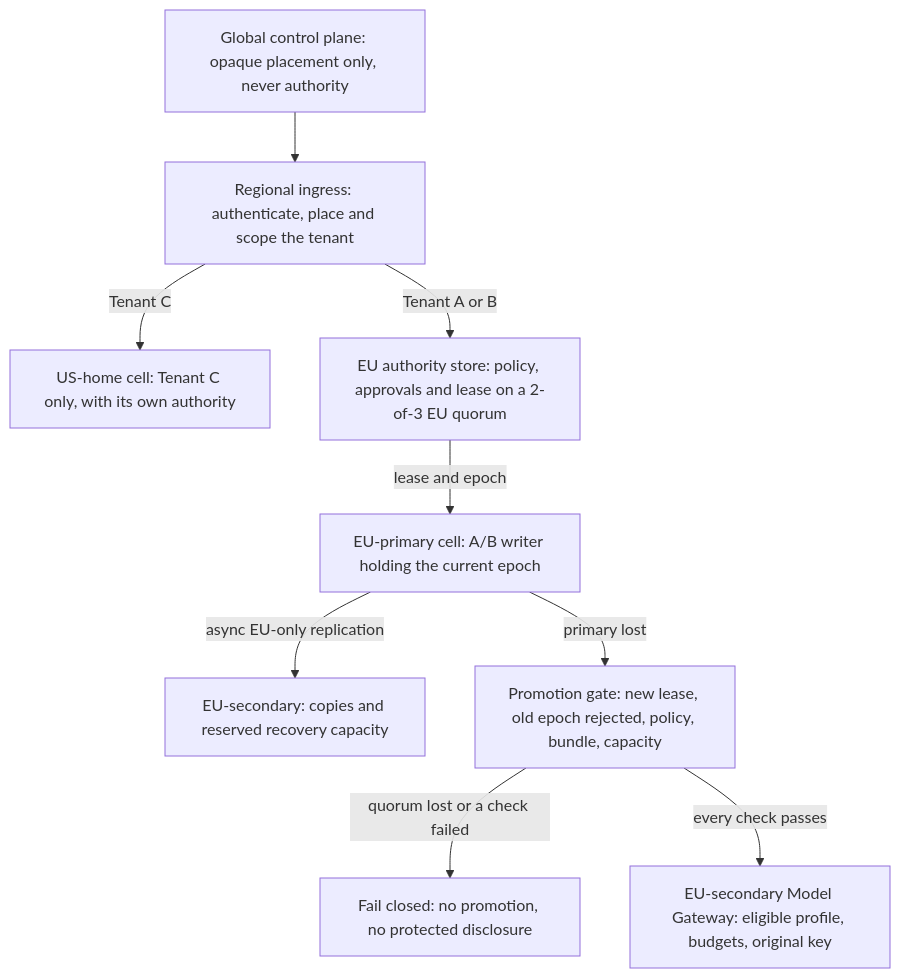
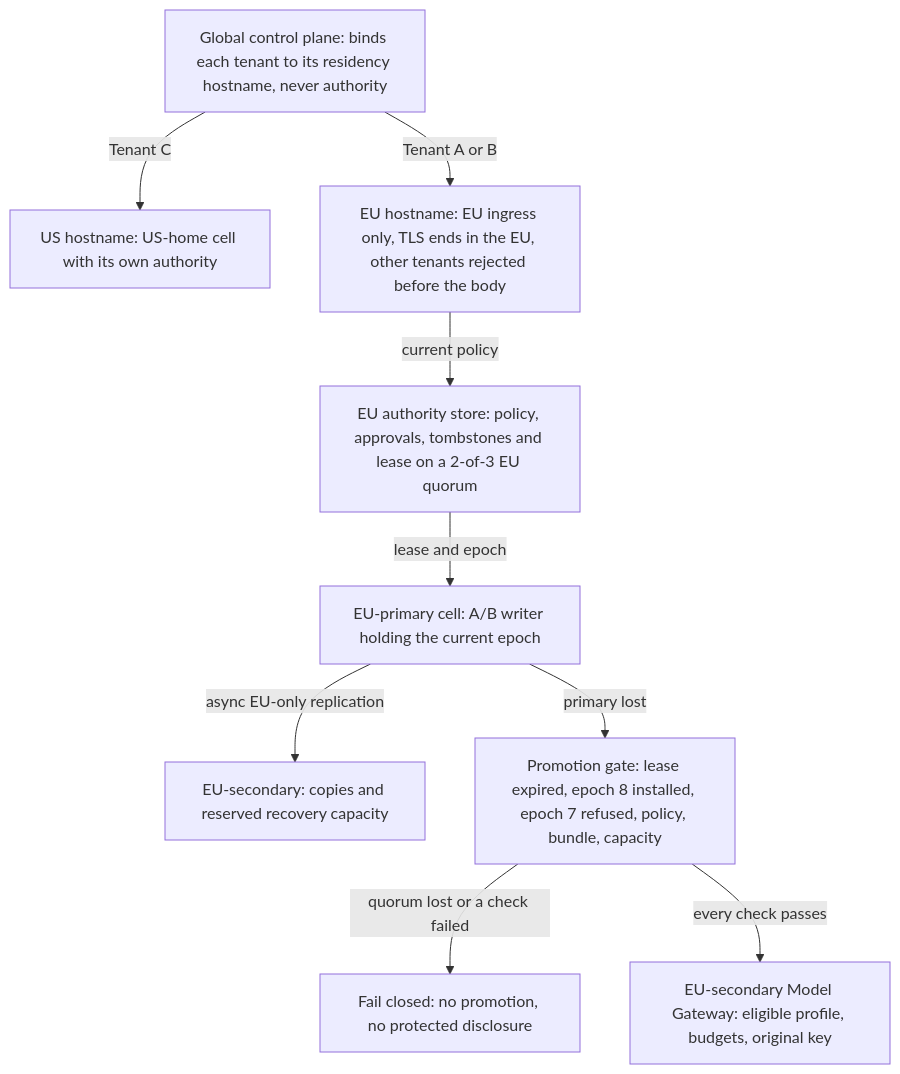
One commit to Sourav692/Forward-Deployed-Engineer-Interview-Prep changed the second of 3 diagrams in 10_AI_System_Design/stages/11-multi-region/guide.md. Above: the diagram before and after it, drawn with Mermaid. The commit also changed other lines of this file and 23 other files, not shown here.

````diff
--- a/10_AI_System_Design/stages/11-multi-region/guide.md
+++ b/10_AI_System_Design/stages/11-multi-region/guide.md
@@ -86,11 +93,11 @@
 ```mermaid
 flowchart TD
- D[Global control plane: opaque placement only, never authority] --> I[Regional ingress: authenticate, place and scope the tenant]
- I -->|Tenant C| U[US-home cell: Tenant C only, with its own authority]
- I -->|Tenant A or B| Q[EU authority store: policy, approvals and lease on a 2-of-3 EU quorum]
+ D[Global control plane: binds each tenant to its residency hostname, never authority] -->|Tenant C| U[US hostname: US-home cell with its own authority]
+ D -->|Tenant A or B| I[EU hostname: EU ingress only, TLS ends in the EU, other tenants rejected before the body]
+ I -->|current policy| Q[EU authority store: policy, approvals, tombstones and lease on a 2-of-3 EU quorum]
  Q -->|lease and epoch| E[EU-primary cell: A/B writer holding the current epoch]
  E -->|async EU-only replication| S[EU-secondary: copies and reserved recovery capacity]
- E -->|primary lost| P[Promotion gate: new lease, old epoch rejected, policy, bundle, capacity]
+ E -->|primary lost| P[Promotion gate: lease expired, epoch 8 installed, epoch 7 refused, policy, bundle, capacity]
  P -->|quorum lost or a check failed| X[Fail closed: no promotion, no protected disclosure]
  P -->|every check passes| G[EU-secondary Model Gateway: eligible profile, budgets, original key]
 ```
````
